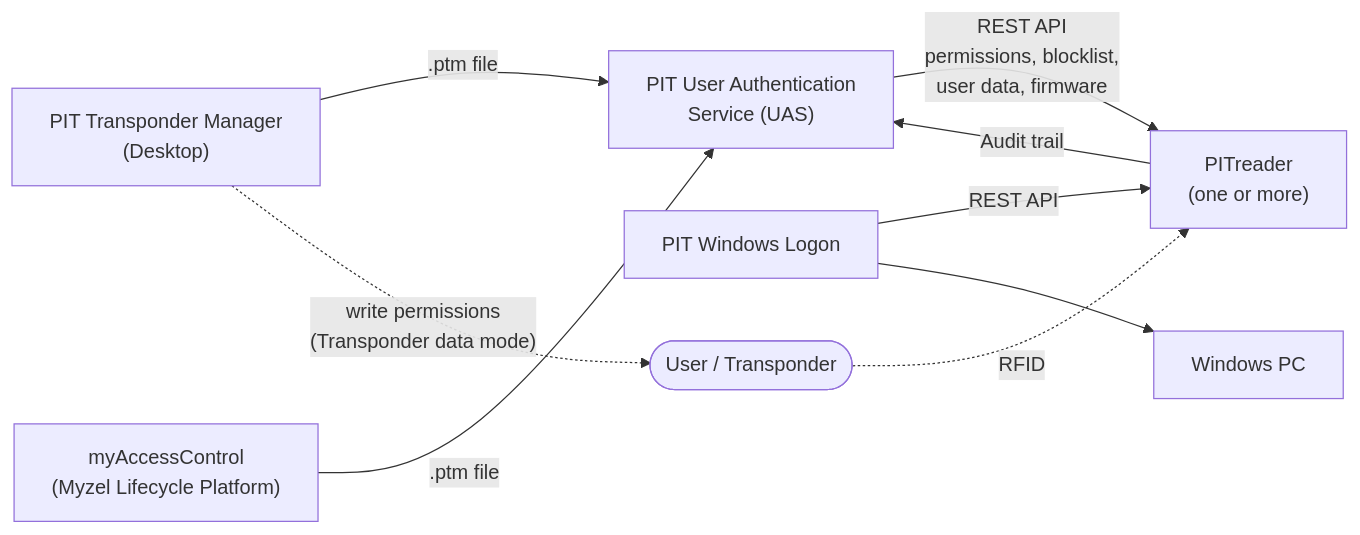
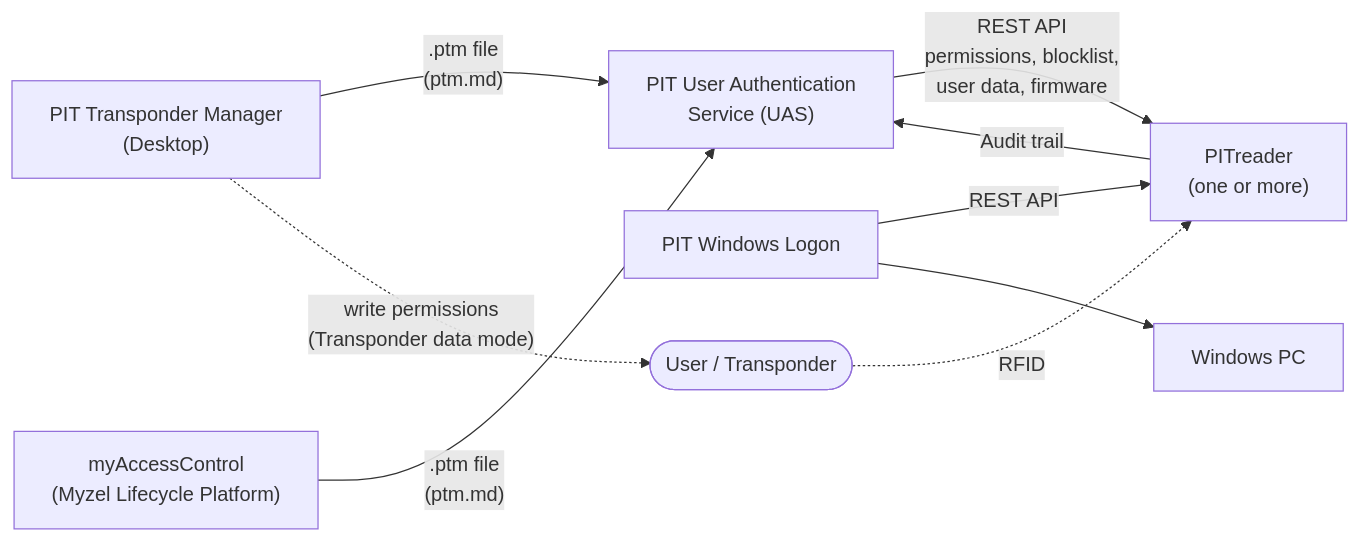
Before and after one commit to PilzDE/PITreader: the diagram in doc/README.md, drawn with Mermaid. The commit also changed other lines of this file and 4 other files, not shown here.

````diff
--- a/doc/README.md
+++ b/doc/README.md
@@ -143,19 +143,19 @@
 ```mermaid
 flowchart LR
     PTM["PIT Transponder Manager\n(Desktop)"]
     MLP["myAccessControl\n(Myzel Lifecycle Platform)"]
     UAS["PIT User Authentication\nService (UAS)"]
     PIT["PITreader\n(one or more)"]
     WL["PIT Windows Logon"]
     WIN["Windows PC"]
     XPNDR(["User / Transponder"])
 
-    PTM -- ".ptm file" --> UAS
-    MLP -- ".ptm file" --> UAS
+    PTM -- ".ptm file\n(ptm.md)" --> UAS
+    MLP -- ".ptm file\n(ptm.md)" --> UAS
     PTM -. "write permissions\n(Transponder data mode)" .-> XPNDR
     UAS -- "REST API\npermissions, blocklist,\nuser data, firmware" --> PIT
     PIT -- "Audit trail" --> UAS
     WL -- "REST API" --> PIT
     WL --> WIN
     XPNDR -. "RFID" .-> PIT
 ```
````
